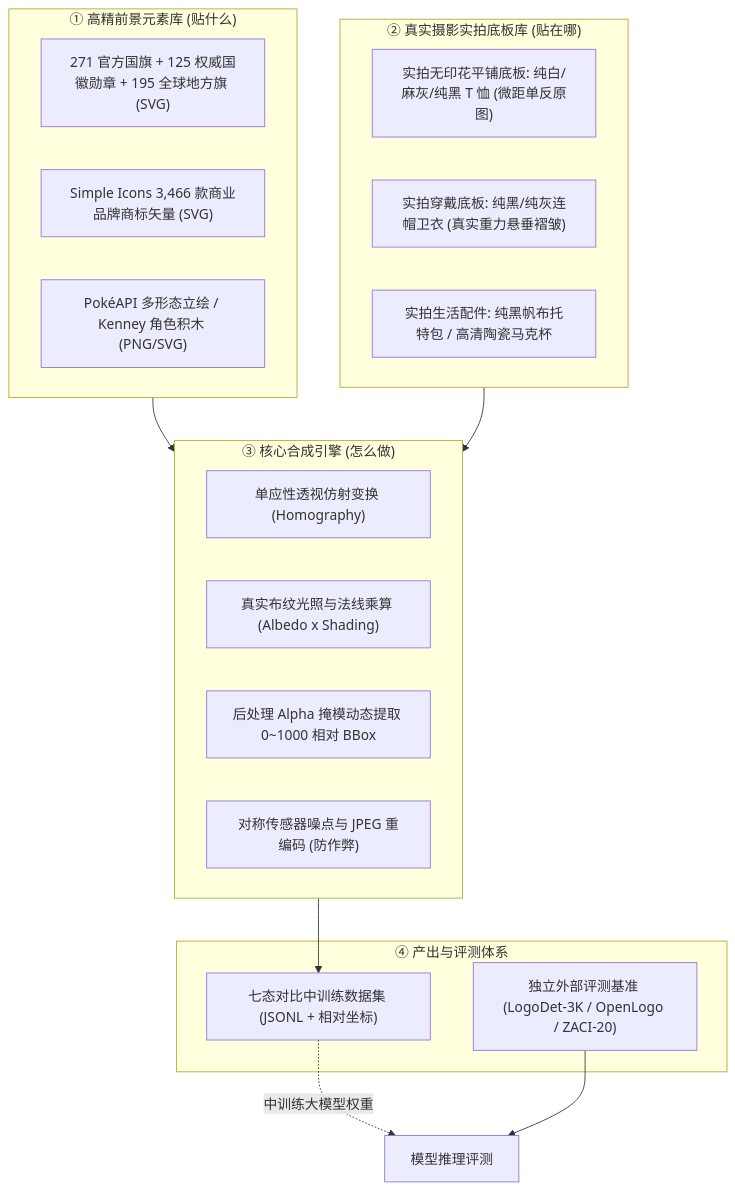
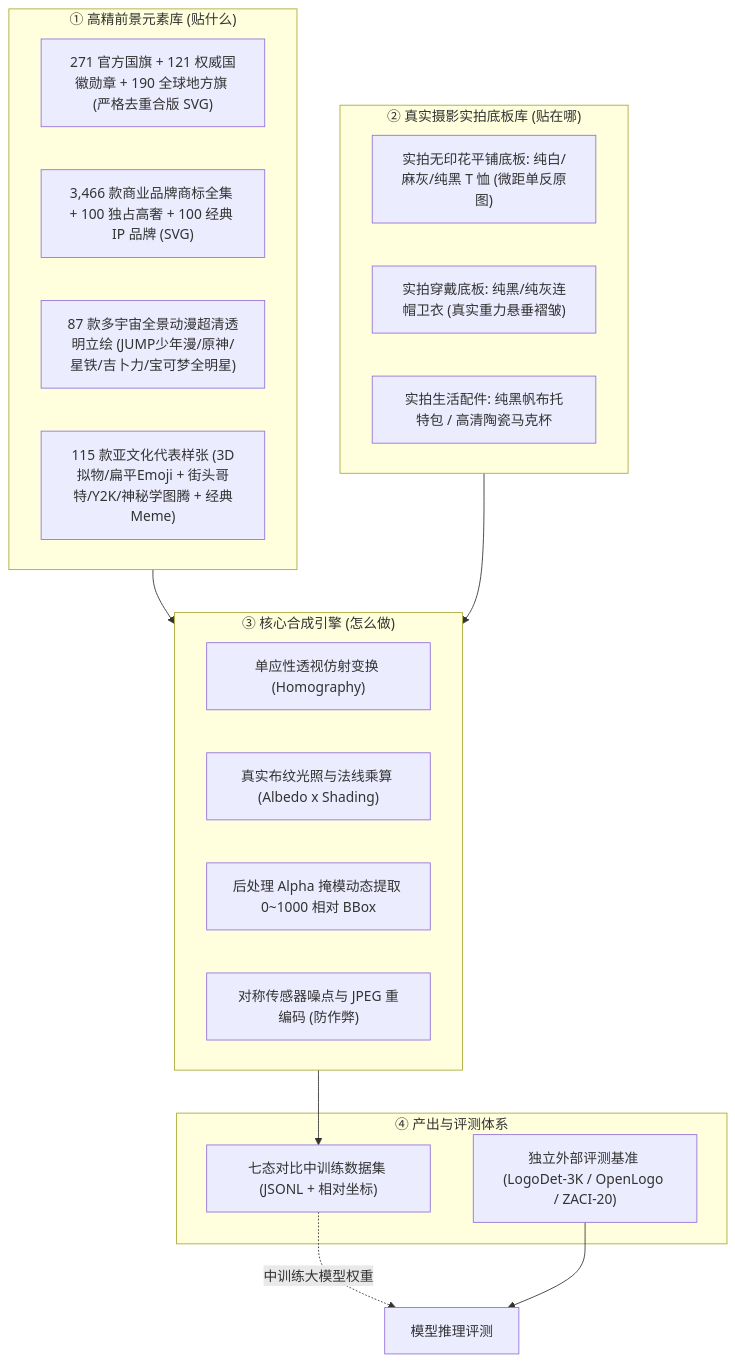
One commit to qianlvguang/datawheel changed the diagram in assets/ASSET_CATALOG.md. Above: the diagram before and after it, drawn with Mermaid. The commit also changed other lines of this file and 53 other files, not shown here.

````diff
--- a/assets/ASSET_CATALOG.md
+++ b/assets/ASSET_CATALOG.md
@@ -9,32 +9,33 @@
 ```mermaid
 flowchart TD
     subgraph S1["① 高精前景元素库 (贴什么)"]
-        F1["271 官方国旗 + 125 权威国徽勋章 + 195 全球地方旗 (SVG)"]
-        F2["Simple Icons 3,466 款商业品牌商标矢量 (SVG)"]
-        F3["PokéAPI 多形态立绘 / Kenney 角色积木 (PNG/SVG)"]
+        F1["271 官方国旗 + 121 权威国徽勋章 + 190 全球地方旗 (严格去重合版 SVG)"]
+        F2["3,466 款商业品牌商标全集 + 100 独占高奢 + 100 经典 IP 品牌 (SVG)"]
+        F3["87 款多宇宙全景动漫超清透明立绘 (JUMP少年漫/原神/星铁/吉卜力/宝可梦全明星)"]
+        F4["115 款亚文化代表样张 (3D拟物/扁平Emoji + 街头哥特/Y2K/神秘学图腾 + 经典Meme)"]
     end
 
     subgraph S2["② 真实摄影实拍底板库 (贴在哪)"]
         B1["实拍无印花平铺底板: 纯白/麻灰/纯黑 T 恤 (微距单反原图)"]
         B2["实拍穿戴底板: 纯黑/纯灰连帽卫衣 (真实重力悬垂褶皱)"]
         B3["实拍生活配件: 纯黑帆布托特包 / 高清陶瓷马克杯"]
     end
 
     subgraph S3["③ 核心合成引擎 (怎么做)"]
         E1["单应性透视仿射变换 (Homography)"]
         E2["真实布纹光照与法线乘算 (Albedo x Shading)"]
         E3["后处理 Alpha 掩模动态提取 0~1000 相对 BBox"]
         E4["对称传感器噪点与 JPEG 重编码 (防作弊)"]
     end
 
     subgraph S4["④ 产出与评测体系"]
         O1["七态对比中训练数据集 (JSONL + 相对坐标)"]
         O2["独立外部评测基准 (LogoDet-3K / OpenLogo / ZACI-20)"]
     end
 
     S1 --> S3
     S2 --> S3
     S3 --> O1
     O1 -.->|中训练大模型权重| Eval["模型推理评测"]
     O2 --> Eval
 ```
````
